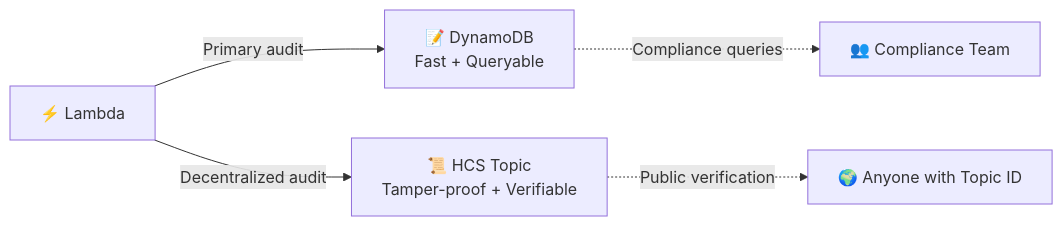
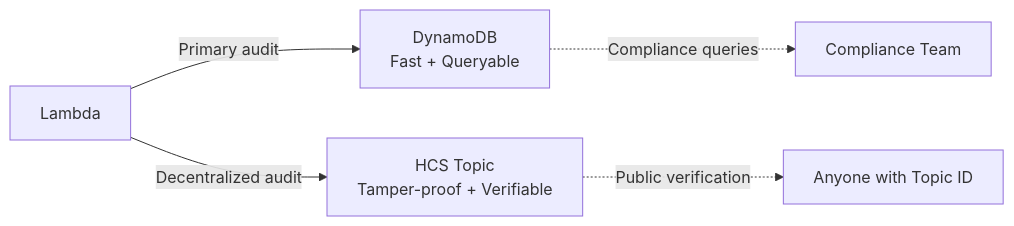
One commit to umarhashmi2002/hedera-kms-signer changed diagram 11 of 13 in README.md. Above: the diagram before and after it, drawn with Mermaid. The commit also changed other lines of this file and 3 other files, not shown here.

````diff
--- a/README.md
+++ b/README.md
@@ -301,7 +301,7 @@
 ```mermaid
 graph LR
-    Lambda[⚡ Lambda] -->|Primary audit| DDB[📝 DynamoDB<br/>Fast + Queryable]
-    Lambda -->|Decentralized audit| HCS[📜 HCS Topic<br/>Tamper-proof + Verifiable]
-    DDB -.->|Compliance queries| Team[👥 Compliance Team]
-    HCS -.->|Public verification| Anyone[🌍 Anyone with Topic ID]
+    Lambda[Lambda] -->|Primary audit| DDB[DynamoDB<br/>Fast + Queryable]
+    Lambda -->|Decentralized audit| HCS[HCS Topic<br/>Tamper-proof + Verifiable]
+    DDB -.->|Compliance queries| Team[Compliance Team]
+    HCS -.->|Public verification| Anyone[Anyone with Topic ID]
 ```
````
